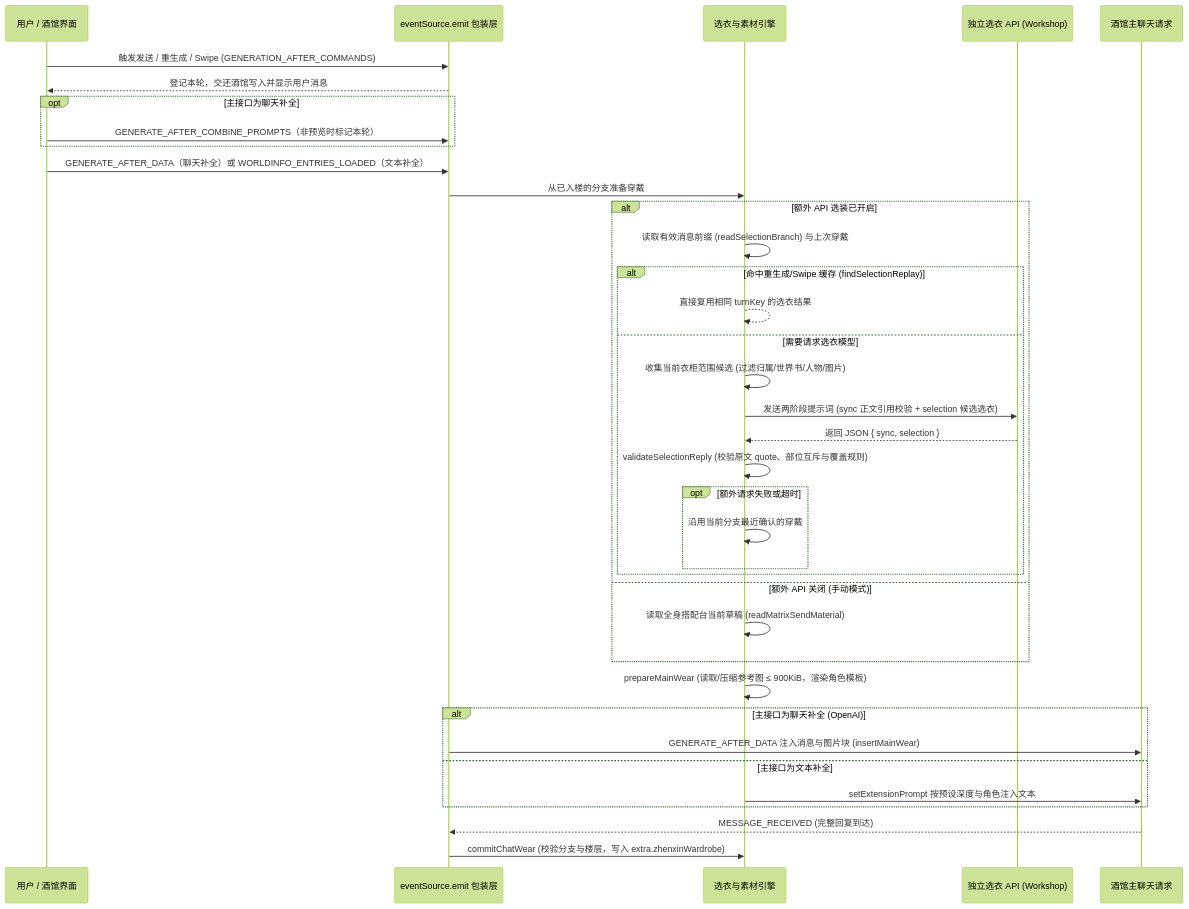
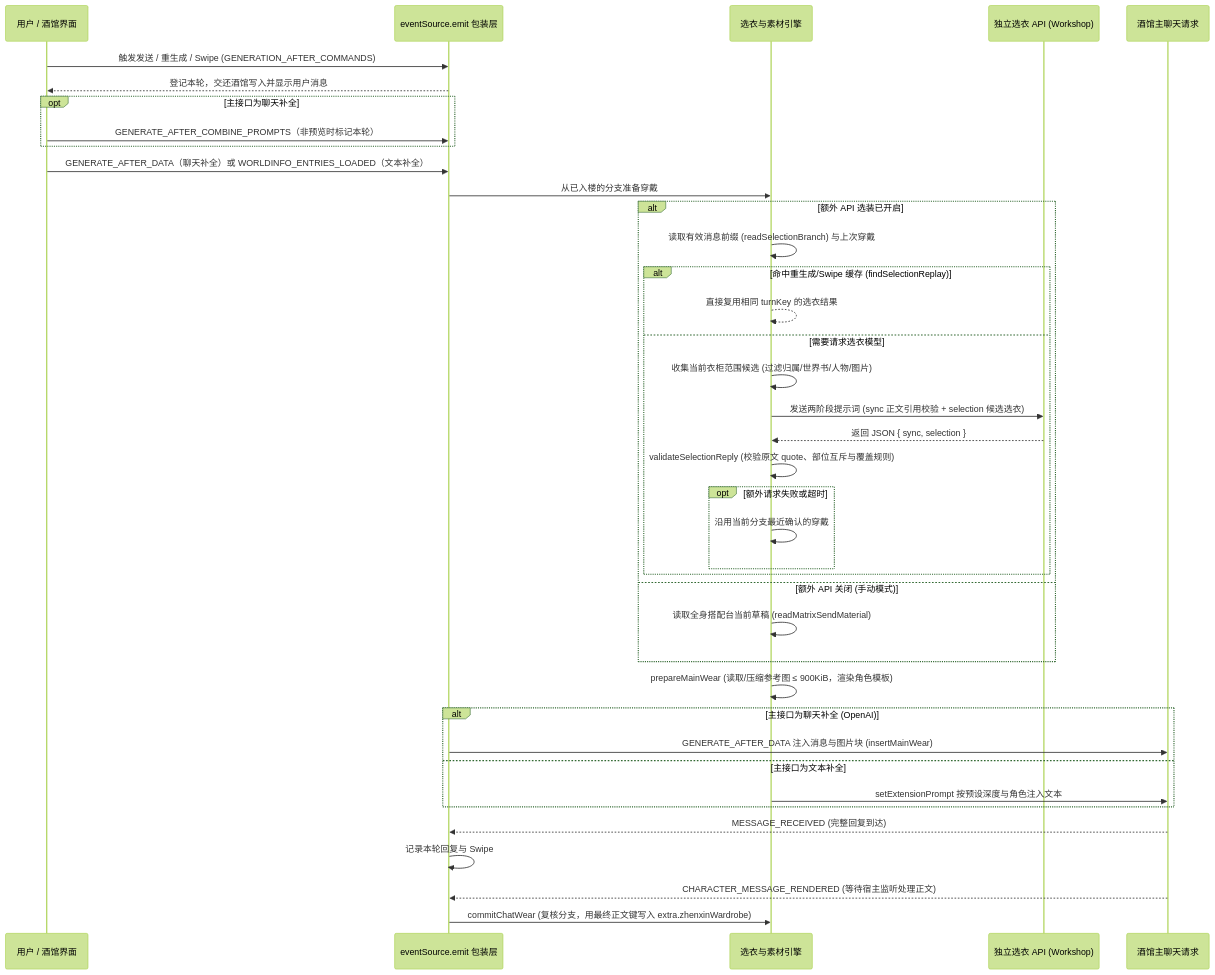
One commit to qingfeifeiya/Tavern-zhenxinzhenyi changed the second of 2 diagrams in architecture.md. Above: the diagram before and after it, drawn with Mermaid (forest theme). The commit also changed other lines of this file and 5 other files, not shown here.

````diff
--- a/architecture.md
+++ b/architecture.md
@@ -82,40 +82,42 @@
 ```mermaid
 sequenceDiagram
     participant User as 用户 / 酒馆界面
     participant Hook as eventSource.emit 包装层
     participant Engine as 选衣与素材引擎
     participant AI as 独立选衣 API (Workshop)
     participant Main as 酒馆主聊天请求
 
     User->>Hook: 触发发送 / 重生成 / Swipe (GENERATION_AFTER_COMMANDS)
     Hook-->>User: 登记本轮，交还酒馆写入并显示用户消息
     opt 主接口为聊天补全
         User->>Hook: GENERATE_AFTER_COMBINE_PROMPTS（非预览时标记本轮）
     end
     User->>Hook: GENERATE_AFTER_DATA（聊天补全）或 WORLDINFO_ENTRIES_LOADED（文本补全）
     Hook->>Engine: 从已入楼的分支准备穿戴
     alt 额外 API 选装已开启
         Engine->>Engine: 读取有效消息前缀 (readSelectionBranch) 与上次穿戴
         alt 命中重生成/Swipe 缓存 (findSelectionReplay)
             Engine-->>Engine: 直接复用相同 turnKey 的选衣结果
         else 需要请求选衣模型
             Engine->>Engine: 收集当前衣柜范围候选 (过滤归属/世界书/人物/图片)
             Engine->>AI: 发送两阶段提示词 (sync 正文引用校验 + selection 候选选衣)
             AI-->>Engine: 返回 JSON { sync, selection }
             Engine->>Engine: validateSelectionReply (校验原文 quote、部位互斥与覆盖规则)
             opt 额外请求失败或超时
                 Engine->>Engine: 沿用当前分支最近确认的穿戴
             end
         end
     else 额外 API 关闭 (手动模式)
         Engine->>Engine: 读取全身搭配台当前草稿 (readMatrixSendMaterial)
     end
     Engine->>Engine: prepareMainWear (读取/压缩参考图 ≤ 900KiB，渲染角色模板)
     alt 主接口为聊天补全 (OpenAI)
         Hook->>Main: GENERATE_AFTER_DATA 注入消息与图片块 (insertMainWear)
     else 主接口为文本补全
         Engine->>Main: setExtensionPrompt 按预设深度与角色注入文本
     end
     Main-->>Hook: MESSAGE_RECEIVED (完整回复到达)
-    Hook->>Engine: commitChatWear (校验分支与楼层，写入 extra.zhenxinWardrobe)
+    Hook->>Hook: 记录本轮回复与 Swipe
+    Main-->>Hook: CHARACTER_MESSAGE_RENDERED (等待宿主监听处理正文)
+    Hook->>Engine: commitChatWear (复核分支，用最终正文键写入 extra.zhenxinWardrobe)
 ```
````
